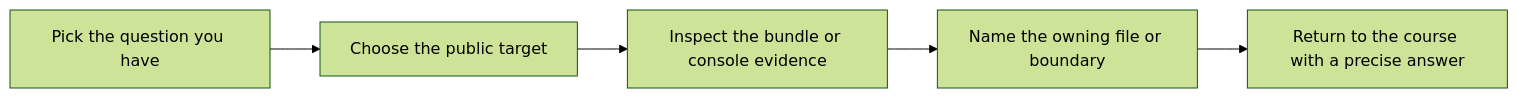
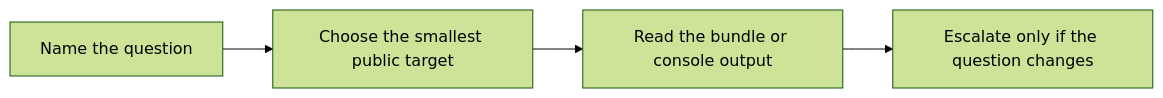
One commit to bijux/bijux-masterclass changed the second of 2 diagrams in programs/reproducible-research/deep-dive-make/capstone/docs/TARGET_GUIDE.md. Above: the diagram before and after it, drawn with Mermaid (forest theme). The commit also changed other lines of this file, not shown here.

Commit message:
docs(capstone): clarify deep-dive-make target selection

````diff
--- a/programs/reproducible-research/deep-dive-make/capstone/docs/TARGET_GUIDE.md
+++ b/programs/reproducible-research/deep-dive-make/capstone/docs/TARGET_GUIDE.md
@@ -22,7 +21,6 @@
 ```mermaid
 flowchart LR
-  question["Pick the question you have"] --> target["Choose the public target"]
-  target --> output["Inspect the bundle or console evidence"]
-  output --> owner["Name the owning file or boundary"]
-  owner --> review["Return to the course with a precise answer"]
+  question["Name the question"] --> target["Choose the smallest public target"]
+  target --> output["Read the bundle or console output"]
+  output --> next["Escalate only if the question changes"]
 ```
````
